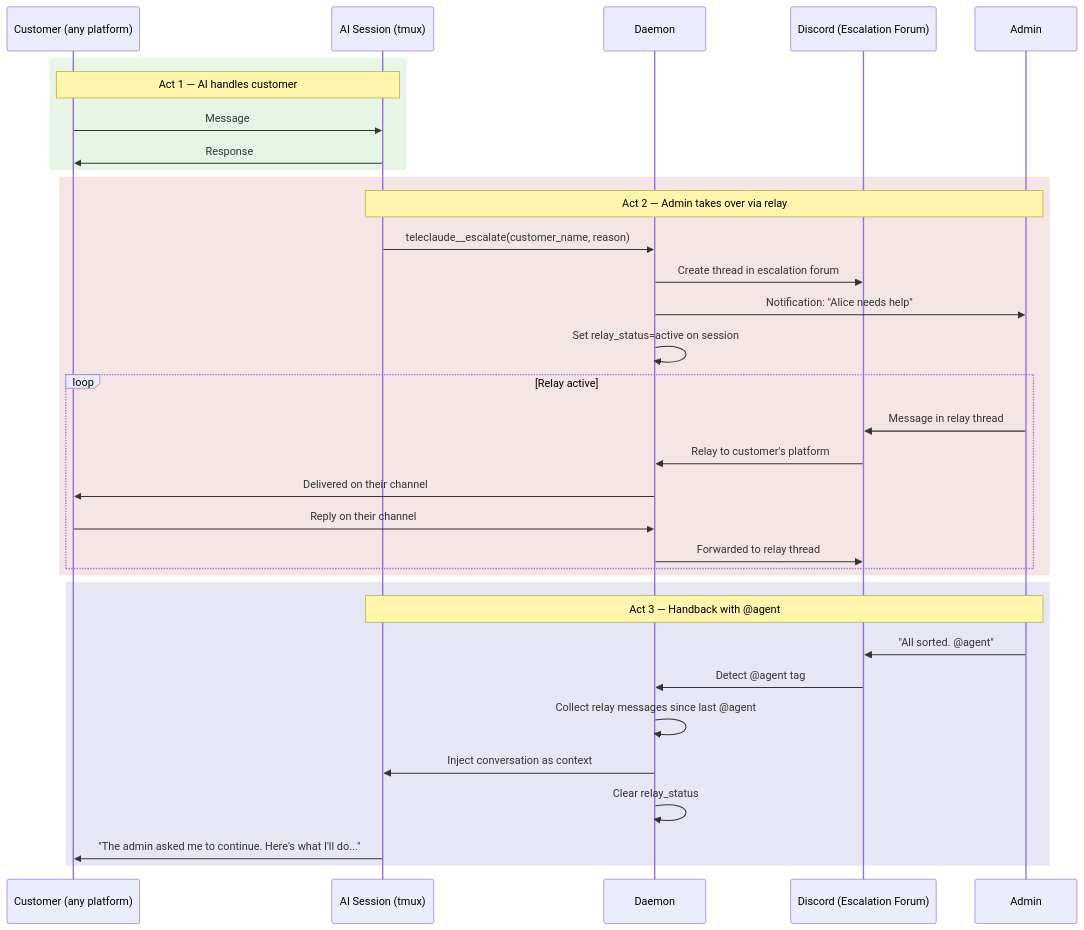
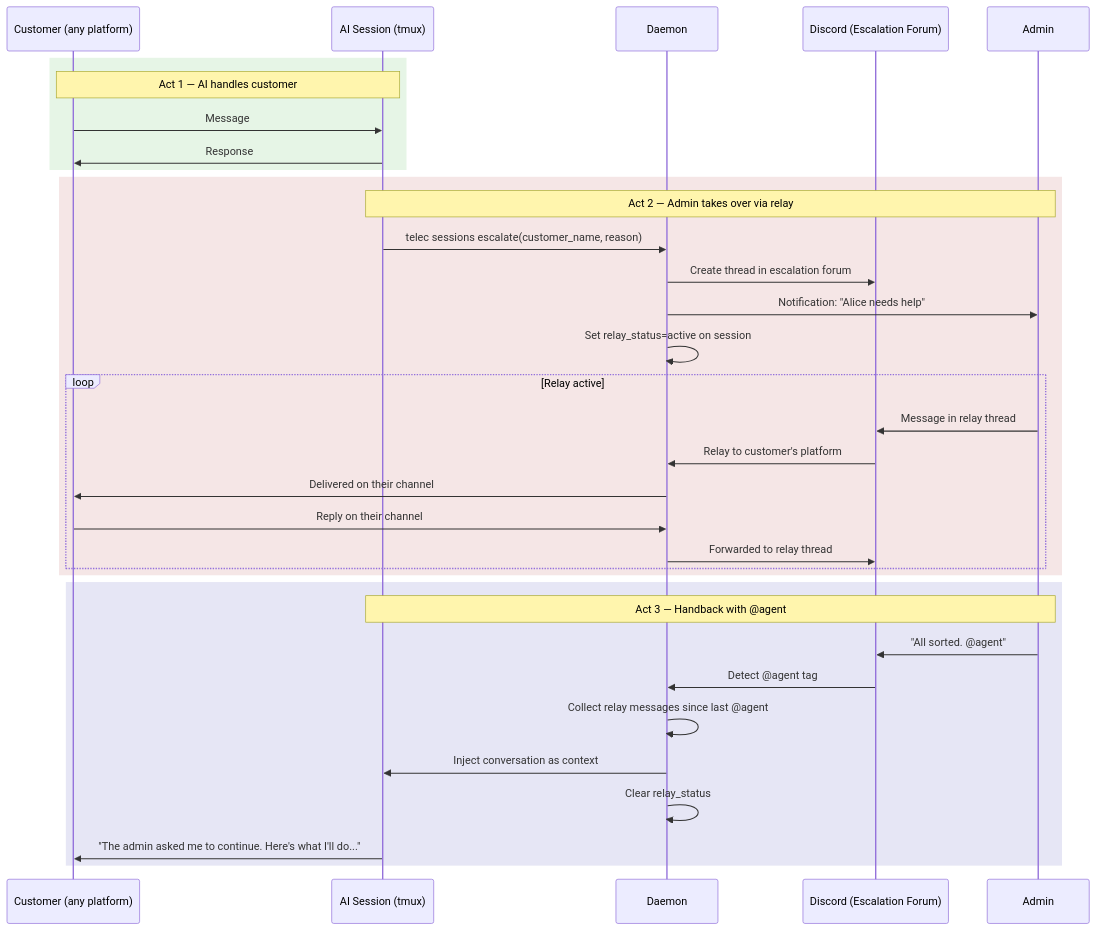
The second of 11 diagrams in docs/project/design/architecture/help-desk-platform.md (InstruktAI/TeleClaude), drawn with Mermaid before and after one commit. The commit also changed other lines of this file and 149 other files, not shown here.

````diff
--- a/docs/project/design/architecture/help-desk-platform.md
+++ b/docs/project/design/architecture/help-desk-platform.md
@@ -255,40 +255,40 @@
 ```mermaid
 sequenceDiagram
     participant Customer as Customer (any platform)
     participant AI as AI Session (tmux)
     participant Daemon
     participant Discord as Discord (Escalation Forum)
     participant Admin
 
     rect rgb(230,245,230)
         Note over Customer,AI: Act 1 — AI handles customer
         Customer->>AI: Message
         AI->>Customer: Response
     end
 
     rect rgb(245,230,230)
         Note over AI,Admin: Act 2 — Admin takes over via relay
-        AI->>Daemon: teleclaude__escalate(customer_name, reason)
+        AI->>Daemon: telec sessions escalate(customer_name, reason)
         Daemon->>Discord: Create thread in escalation forum
         Daemon->>Admin: Notification: "Alice needs help"
         Daemon->>Daemon: Set relay_status=active on session
 
         loop Relay active
             Admin->>Discord: Message in relay thread
             Discord->>Daemon: Relay to customer's platform
             Daemon->>Customer: Delivered on their channel
             Customer->>Daemon: Reply on their channel
             Daemon->>Discord: Forwarded to relay thread
         end
     end
 
     rect rgb(230,230,245)
         Note over Admin,AI: Act 3 — Handback with @agent
         Admin->>Discord: "All sorted. @agent"
         Discord->>Daemon: Detect @agent tag
         Daemon->>Daemon: Collect relay messages since last @agent
         Daemon->>AI: Inject conversation as context
         Daemon->>Daemon: Clear relay_status
         AI->>Customer: "The admin asked me to continue. Here's what I'll do..."
     end
 ```
````
